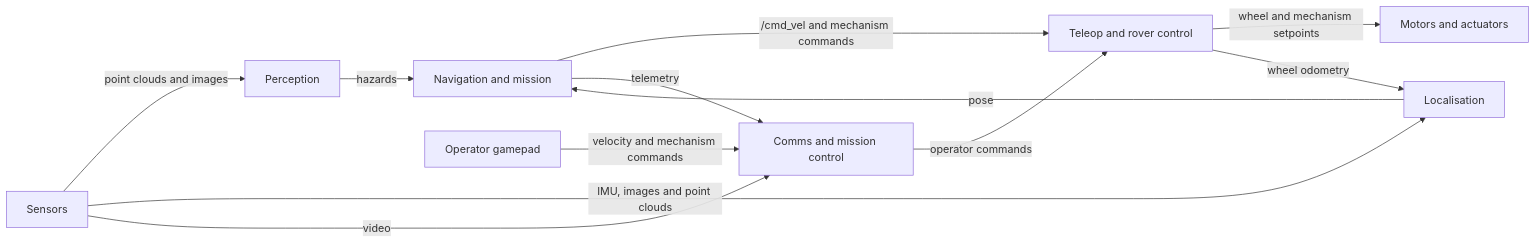
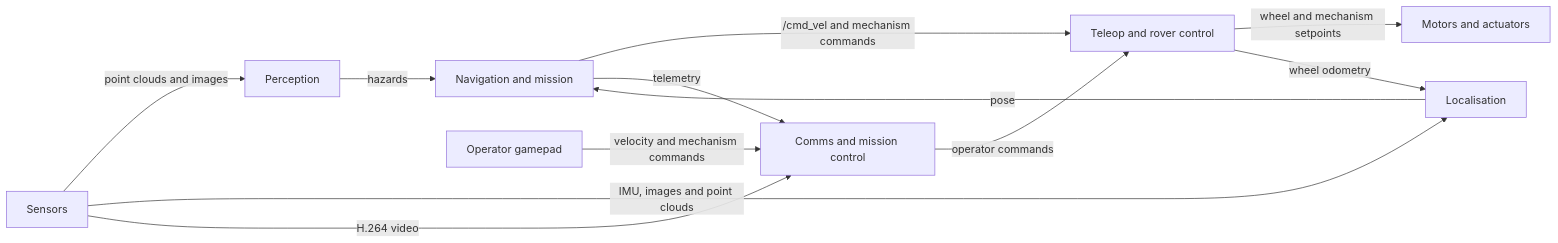
One commit to InnovaRobotics/innex-1 changed the second of 2 diagrams in docs/system-design.md. Above: the diagram before and after it, drawn with Mermaid. The commit also changed other lines of this file and 3 other files, not shown here.

````diff
--- a/docs/system-design.md
+++ b/docs/system-design.md
@@ -53,14 +57,14 @@
 ```mermaid
 flowchart LR
     sensors["Sensors"] -->|point clouds and images| perception["Perception"]
     sensors -->|IMU, images and point clouds| localisation["Localisation"]
     perception -->|hazards| nav["Navigation and mission"]
     localisation -->|pose| nav
     nav -->|"/cmd_vel and mechanism commands"| control["Teleop and rover control"]
     gamepad["Operator gamepad"] -->|velocity and mechanism commands| comms["Comms and mission control"]
     control -->|wheel and mechanism setpoints| rover["Motors and actuators"]
     comms -->|operator commands| control
-    sensors -->|video| comms
+    sensors -->|H.264 video| comms
     control -->|wheel odometry| localisation
     nav -->|telemetry| comms
 ```
````
